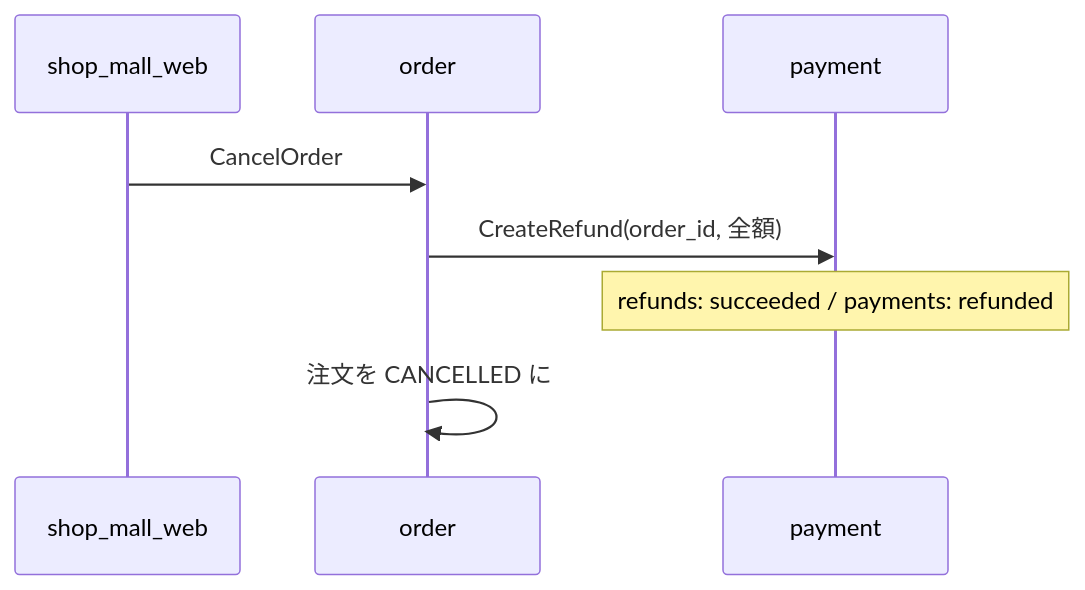
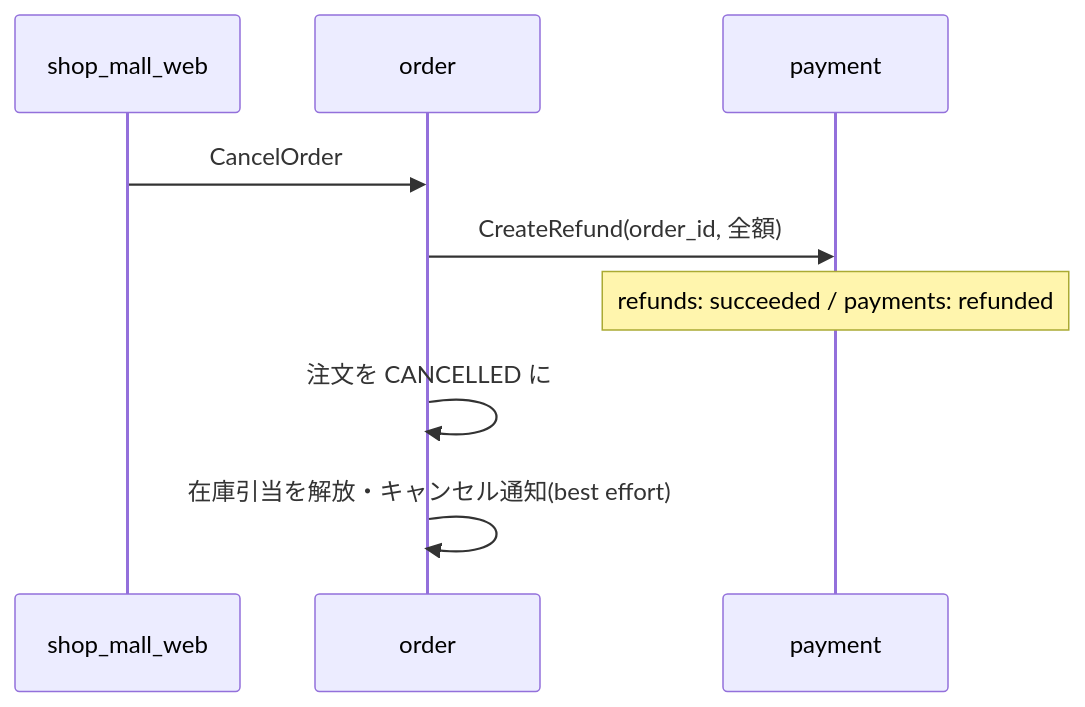
Before and after one commit to makoto-developer/go_microservice_example: the third of 3 diagrams in docs/payment-flow.md, drawn with Mermaid. The commit also changed other lines of this file and 2 other files, not shown here.

````diff
--- a/docs/payment-flow.md
+++ b/docs/payment-flow.md
@@ -63,11 +72,12 @@
 ```mermaid
 sequenceDiagram
   participant W as shop_mall_web
   participant O as order
   participant P as payment
 
   W->>O: CancelOrder
   O->>P: CreateRefund(order_id, 全額)
   Note over P: refunds: succeeded / payments: refunded
   O->>O: 注文を CANCELLED に
+  O->>O: 在庫引当を解放・キャンセル通知(best effort)
 ```
````
